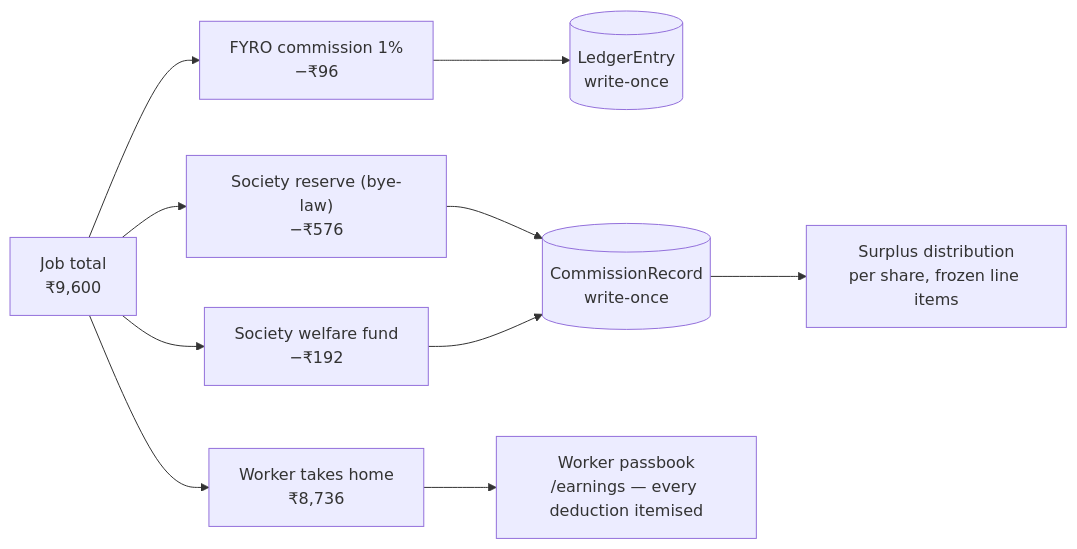
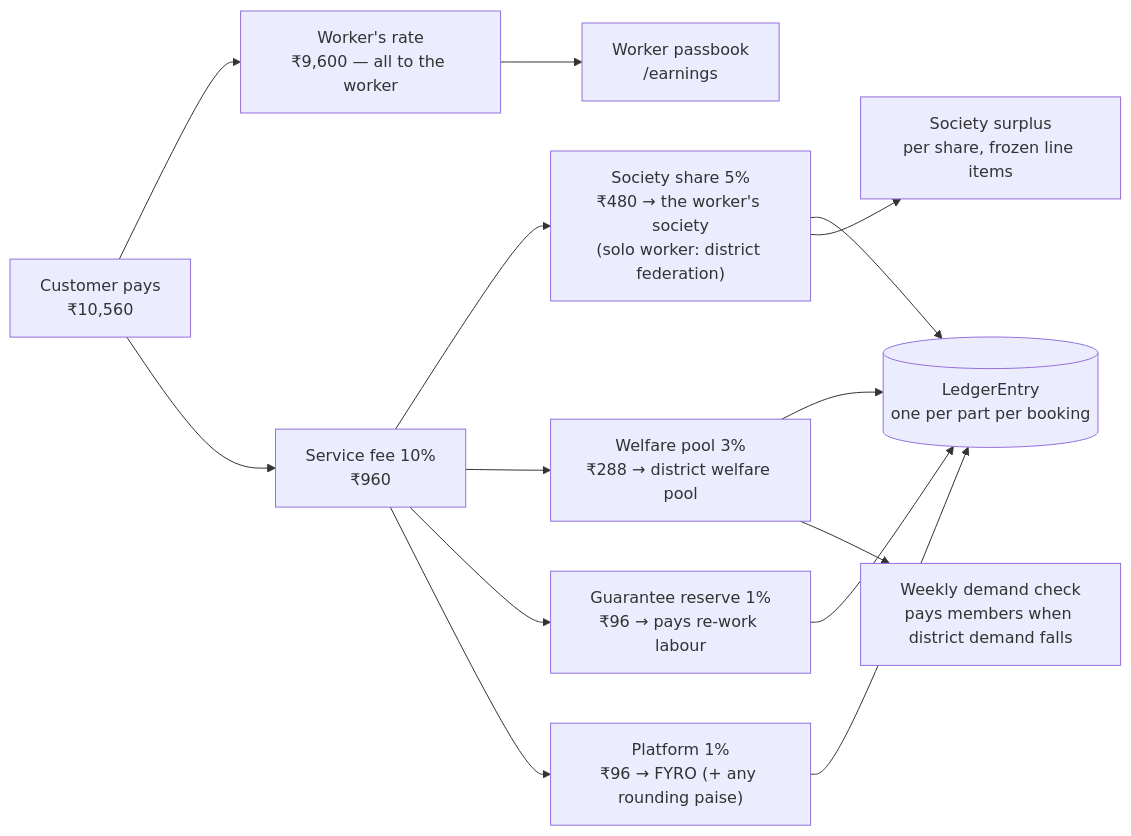
The sixth of 11 diagrams in README.md (karthikeyavelivela/SIH-2026), drawn with Mermaid before and after one commit. The commit also changed other lines of this file, not shown here.

Commit message:
Docs: README money section describes the service fee on top (P1.1)

````diff
--- a/README.md
+++ b/README.md
@@ -259,12 +261,13 @@
 ```mermaid
 flowchart LR
-    T["Job total<br/>₹9,600"] --> P["FYRO commission 1%<br/>−₹96"]
-    T --> R["Society reserve (bye-law)<br/>−₹576"]
-    T --> WF["Society welfare fund<br/>−₹192"]
-    T --> NET["Worker takes home<br/>₹8,736"]
-    P --> L[("LedgerEntry<br/>write-once")]
-    R --> CR[("CommissionRecord<br/>write-once")]
-    WF --> CR
-    NET --> PB["Worker passbook<br/>/earnings — every deduction itemised"]
-    CR --> SUR["Surplus distribution<br/>per share, frozen line items"]
+    C["Customer pays<br/>₹10,560"] --> W["Worker's rate<br/>₹9,600 — all to the worker"]
+    C --> F["Service fee 10%<br/>₹960"]
+    F --> S["Society share 5%<br/>₹480 → the worker's society<br/>(solo worker: district federation)"]
+    F --> WP["Welfare pool 3%<br/>₹288 → district welfare pool"]
+    F --> G["Guarantee reserve 1%<br/>₹96 → pays re-work labour"]
+    F --> P["Platform 1%<br/>₹96 → FYRO (+ any rounding paise)"]
+    S & WP & G & P --> L[("LedgerEntry<br/>one per part per booking")]
+    W --> PB["Worker passbook<br/>/earnings"]
+    S --> SUR["Society surplus<br/>per share, frozen line items"]
+    WP --> WEL["Weekly demand check<br/>pays members when district demand falls"]
 ```
````
